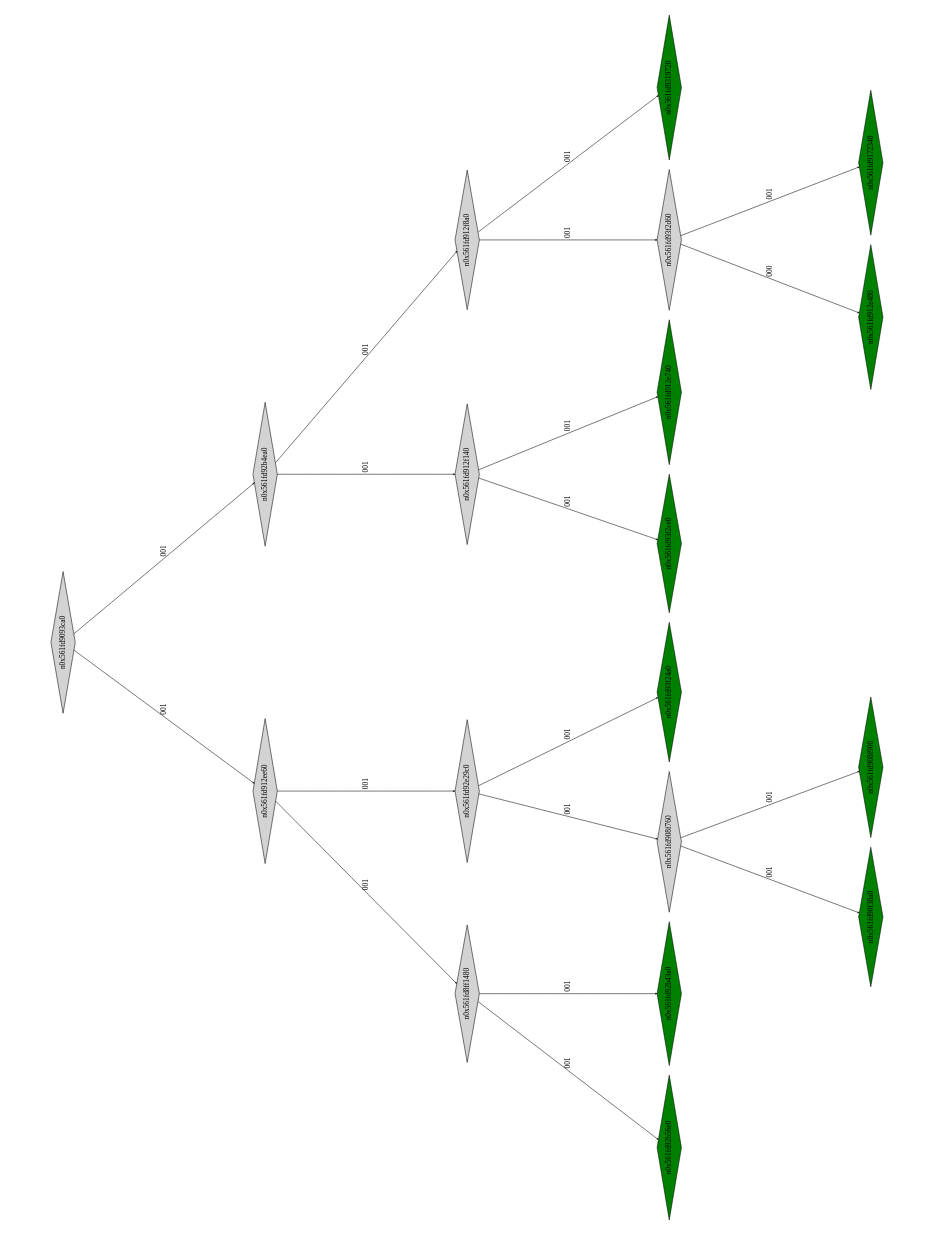
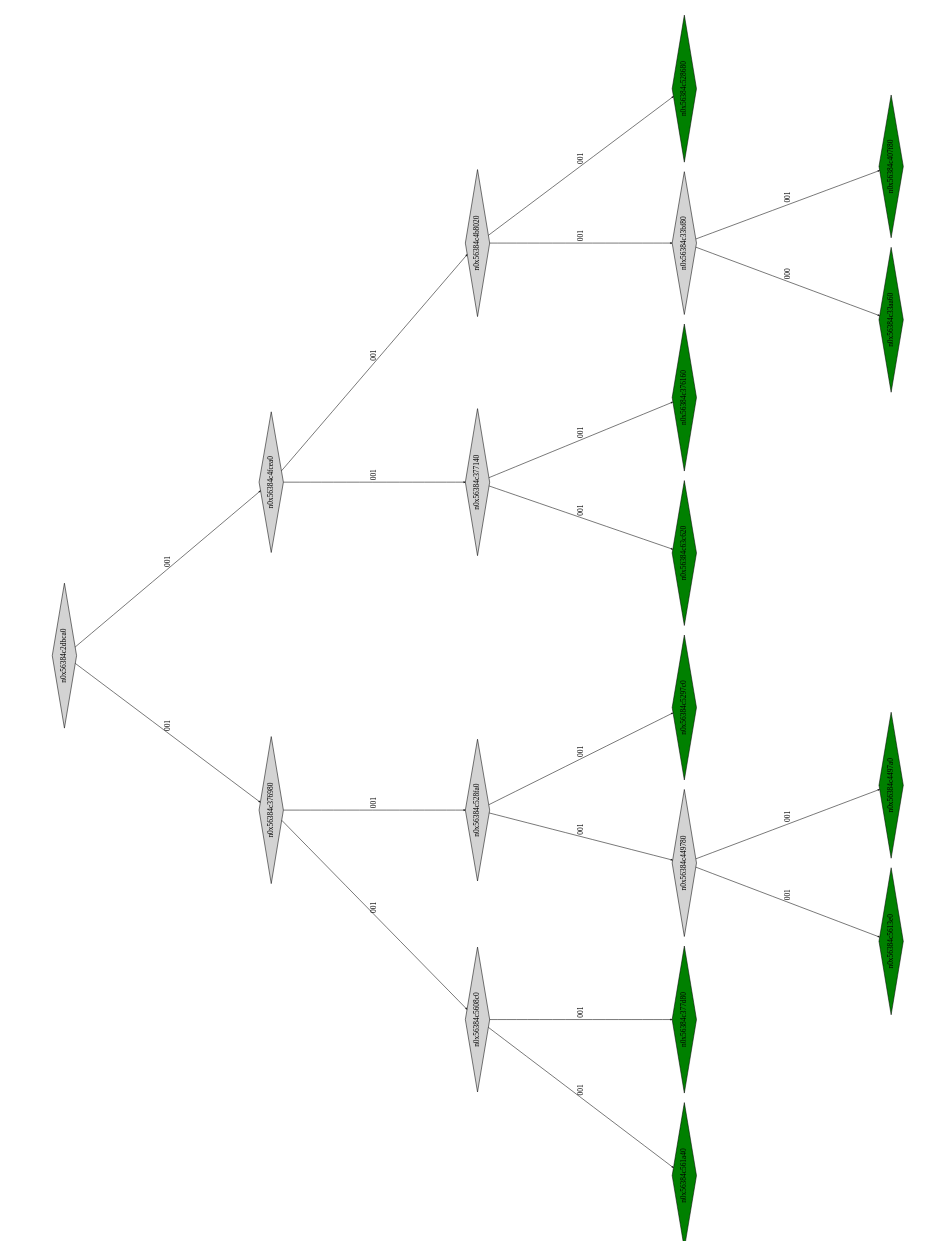
Before and after one commit to Research-Tools-PAVT/PSE-Program-Examples: the diagram in montyhall_klee_out/ptree_00001108.dot, drawn with Graphviz. The commit also changed 101 other files, not shown here.

```diff
--- a/montyhall_klee_out/ptree_00001108.dot
+++ b/montyhall_klee_out/ptree_00001108.dot
@@ -1,45 +1,45 @@
 digraph G {
 	size="10,7.5";
 	ratio=fill;
 	rotate=90;
 	center = "true";
 	node [style="filled",width=.1,height=.1,fontname="Terminus"]
 	edge [arrowsize=.3]
-	n0x561fd9093ca0 [shape=diamond];
-	n0x561fd9093ca0 -> n0x561fd912ee60 [label=001];
-	n0x561fd9093ca0 -> n0x561fd92b4ea0 [label=001];
-	n0x561fd92b4ea0 [shape=diamond];
-	n0x561fd92b4ea0 -> n0x561fd912f140 [label=001];
-	n0x561fd92b4ea0 -> n0x561fd912f8a0 [label=001];
-	n0x561fd912f8a0 [shape=diamond];
-	n0x561fd912f8a0 -> n0x561fd93f2d60 [label=001];
-	n0x561fd912f8a0 -> n0x561fd9319720 [label=001];
-	n0x561fd9319720 [shape=diamond,fillcolor=green];
-	n0x561fd93f2d60 [shape=diamond];
-	n0x561fd93f2d60 -> n0x561fd912e480 [label=000];
-	n0x561fd93f2d60 -> n0x561fd9172340 [label=001];
-	n0x561fd9172340 [shape=diamond,fillcolor=green];
-	n0x561fd912e480 [shape=diamond,fillcolor=green];
-	n0x561fd912f140 [shape=diamond];
-	n0x561fd912f140 -> n0x561fd93f2ce0 [label=001];
-	n0x561fd912f140 -> n0x561fd912e740 [label=001];
-	n0x561fd912e740 [shape=diamond,fillcolor=green];
-	n0x561fd93f2ce0 [shape=diamond,fillcolor=green];
-	n0x561fd912ee60 [shape=diamond];
-	n0x561fd912ee60 -> n0x561fd8ff1480 [label=001];
-	n0x561fd912ee60 -> n0x561fd92e29c0 [label=001];
-	n0x561fd92e29c0 [shape=diamond];
-	n0x561fd92e29c0 -> n0x561fd908f760 [label=001];
-	n0x561fd92e29c0 -> n0x561fd93f24a0 [label=001];
-	n0x561fd93f24a0 [shape=diamond,fillcolor=green];
-	n0x561fd908f760 [shape=diamond];
-	n0x561fd908f760 -> n0x561fd90f38a0 [label=001];
-	n0x561fd908f760 -> n0x561fd908f900 [label=001];
-	n0x561fd908f900 [shape=diamond,fillcolor=green];
-	n0x561fd90f38a0 [shape=diamond,fillcolor=green];
-	n0x561fd8ff1480 [shape=diamond];
-	n0x561fd8ff1480 -> n0x561fd92b56e0 [label=001];
-	n0x561fd8ff1480 -> n0x561fd92b43a0 [label=001];
-	n0x561fd92b43a0 [shape=diamond,fillcolor=green];
-	n0x561fd92b56e0 [shape=diamond,fillcolor=green];
+	n0x56384c2dbca0 [shape=diamond];
+	n0x56384c2dbca0 -> n0x56384c376980 [label=001];
+	n0x56384c2dbca0 -> n0x56384c4fcea0 [label=001];
+	n0x56384c4fcea0 [shape=diamond];
+	n0x56384c4fcea0 -> n0x56384c377140 [label=001];
+	n0x56384c4fcea0 -> n0x56384c4b8020 [label=001];
+	n0x56384c4b8020 [shape=diamond];
+	n0x56384c4b8020 -> n0x56384c33bf80 [label=001];
+	n0x56384c4b8020 -> n0x56384c528680 [label=001];
+	n0x56384c528680 [shape=diamond,fillcolor=green];
+	n0x56384c33bf80 [shape=diamond];
+	n0x56384c33bf80 -> n0x56384c33aa60 [label=000];
+	n0x56384c33bf80 -> n0x56384c407f80 [label=001];
+	n0x56384c407f80 [shape=diamond,fillcolor=green];
+	n0x56384c33aa60 [shape=diamond,fillcolor=green];
+	n0x56384c377140 [shape=diamond];
+	n0x56384c377140 -> n0x56384c63c620 [label=001];
+	n0x56384c377140 -> n0x56384c376160 [label=001];
+	n0x56384c376160 [shape=diamond,fillcolor=green];
+	n0x56384c63c620 [shape=diamond,fillcolor=green];
+	n0x56384c376980 [shape=diamond];
+	n0x56384c376980 -> n0x56384c5608c0 [label=001];
+	n0x56384c376980 -> n0x56384c528fa0 [label=001];
+	n0x56384c528fa0 [shape=diamond];
+	n0x56384c528fa0 -> n0x56384c449780 [label=001];
+	n0x56384c528fa0 -> n0x56384c5297c0 [label=001];
+	n0x56384c5297c0 [shape=diamond,fillcolor=green];
+	n0x56384c449780 [shape=diamond];
+	n0x56384c449780 -> n0x56384c5613e0 [label=001];
+	n0x56384c449780 -> n0x56384c4497a0 [label=001];
+	n0x56384c4497a0 [shape=diamond,fillcolor=green];
+	n0x56384c5613e0 [shape=diamond,fillcolor=green];
+	n0x56384c5608c0 [shape=diamond];
+	n0x56384c5608c0 -> n0x56384c561a40 [label=001];
+	n0x56384c5608c0 -> n0x56384c377d80 [label=001];
+	n0x56384c377d80 [shape=diamond,fillcolor=green];
+	n0x56384c561a40 [shape=diamond,fillcolor=green];
 }
```
